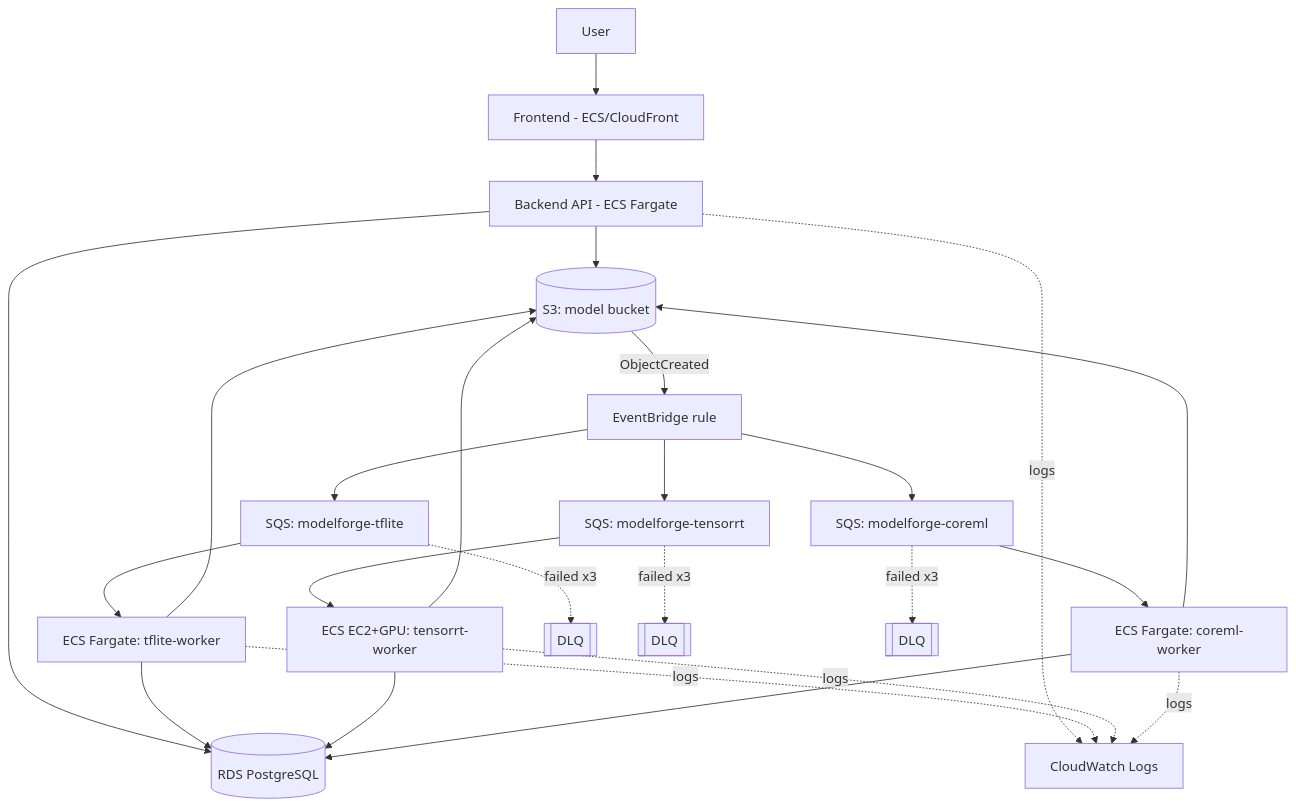
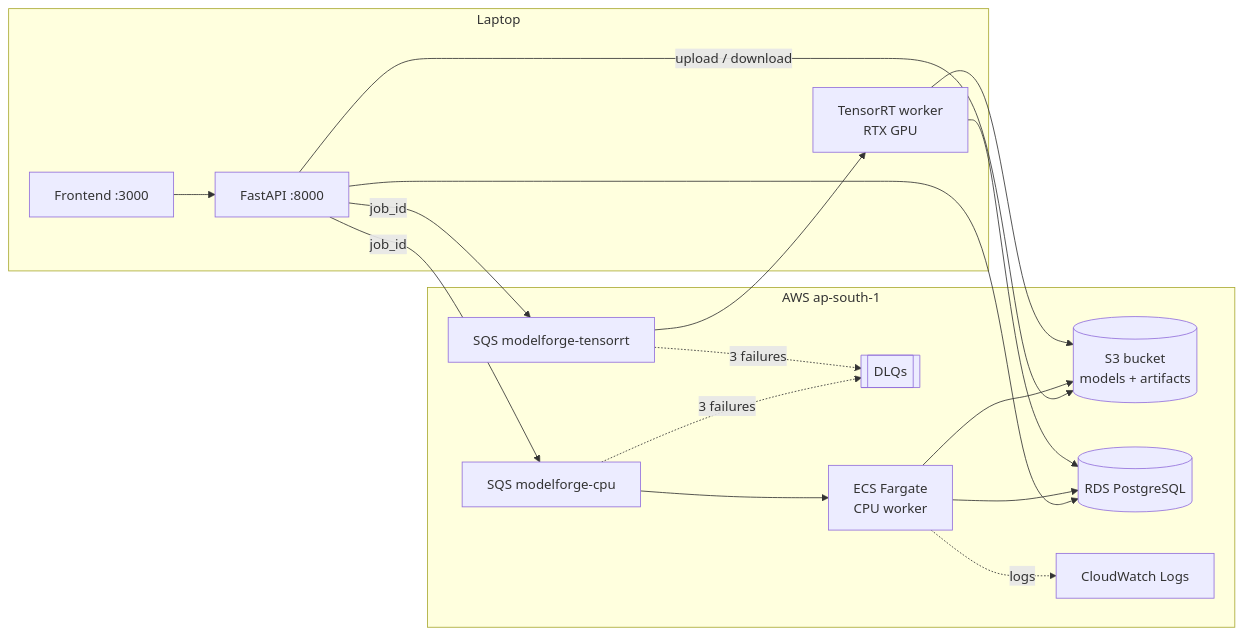
Before and after one commit to sanaryan175/model_forage_ai: the diagram in infrastructure/aws/README.md, drawn with Mermaid. The commit also changed other lines of this file and 83 other files, not shown here.

Commit message:
Add AWS pipeline (S3, SQS, ECS, RDS), TensorRT converter and ONNX baseline

````diff
--- a/infrastructure/aws/README.md
+++ b/infrastructure/aws/README.md
@@ -8,27 +7,29 @@
 ```mermaid
-flowchart TD
-    U[User] --> FE[Frontend - ECS/CloudFront]
-    FE --> API[Backend API - ECS Fargate]
-    API --> S3[(S3: model bucket)]
-    API --> RDS[(RDS PostgreSQL)]
-    S3 -- ObjectCreated --> EB[EventBridge rule]
-    EB --> Q1[SQS: modelforge-tflite]
-    EB --> Q2[SQS: modelforge-tensorrt]
-    EB --> Q3[SQS: modelforge-coreml]
-    Q1 --> W1[ECS Fargate: tflite-worker]
-    Q2 --> W2[ECS EC2+GPU: tensorrt-worker]
-    Q3 --> W3[ECS Fargate: coreml-worker]
-    W1 --> S3
-    W2 --> S3
-    W3 --> S3
-    W1 --> RDS
-    W2 --> RDS
-    W3 --> RDS
-    Q1 -.failed x3.-> D1[[DLQ]]
-    Q2 -.failed x3.-> D2[[DLQ]]
-    Q3 -.failed x3.-> D3[[DLQ]]
-    API -.logs.-> CW[CloudWatch Logs]
-    W1 -.logs.-> CW
-    W2 -.logs.-> CW
-    W3 -.logs.-> CW
+flowchart LR
+    subgraph Laptop
+        FE[Frontend :3000] --> API[FastAPI :8000]
+        GPU[TensorRT worker<br/>RTX GPU]
+    end
+    subgraph AWS ap-south-1
+        S3[(S3 bucket<br/>models + artifacts)]
+        QC[SQS modelforge-cpu]
+        QT[SQS modelforge-tensorrt]
+        DLQ[[DLQs]]
+        W[ECS Fargate<br/>CPU worker]
+        RDS[(RDS PostgreSQL)]
+        CW[CloudWatch Logs]
+    end
+    API -- upload / download --> S3
+    API -- job_id --> QC
+    API -- job_id --> QT
+    API --> RDS
+    QC --> W
+    QT --> GPU
+    W --> S3
+    W --> RDS
+    GPU --> S3
+    GPU --> RDS
+    QC -.3 failures.-> DLQ
+    QT -.3 failures.-> DLQ
+    W -.logs.-> CW
 ```
````
